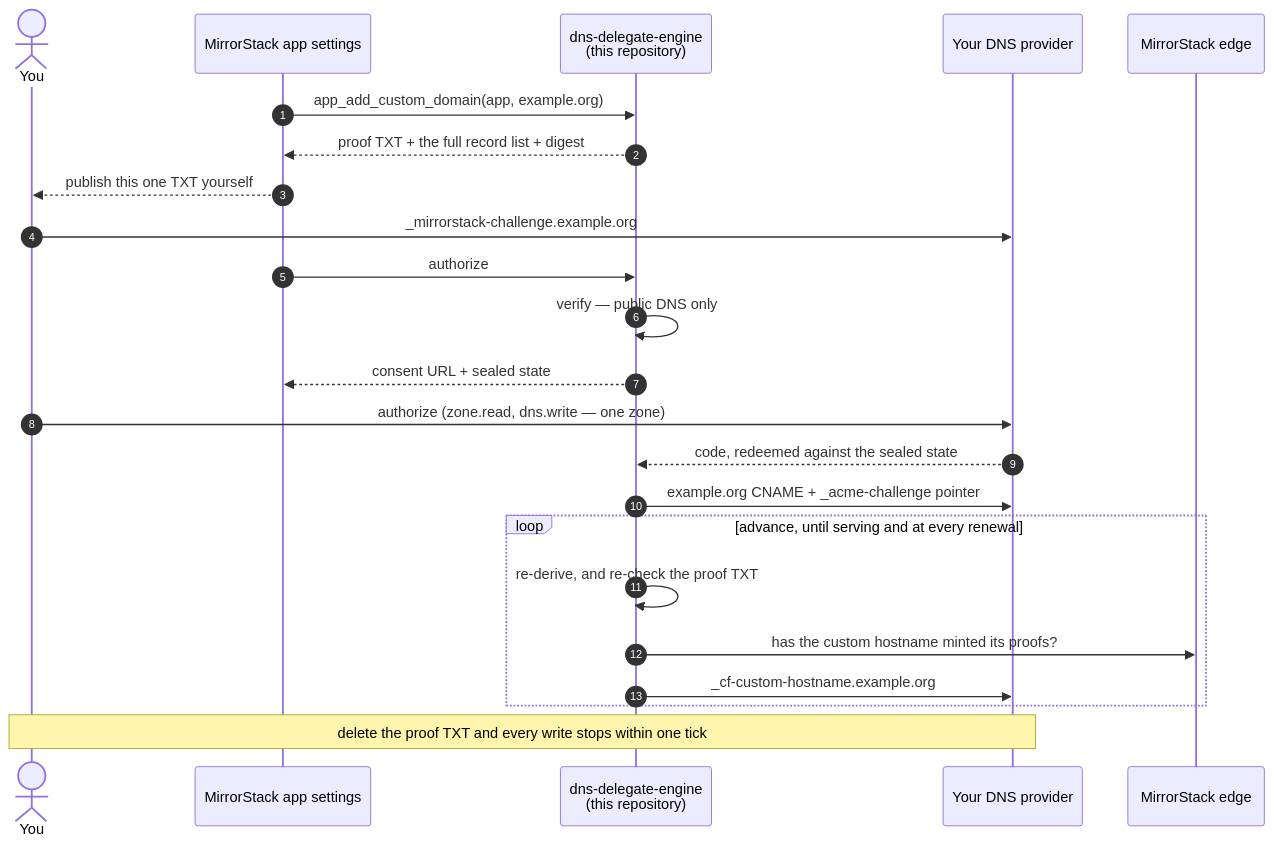
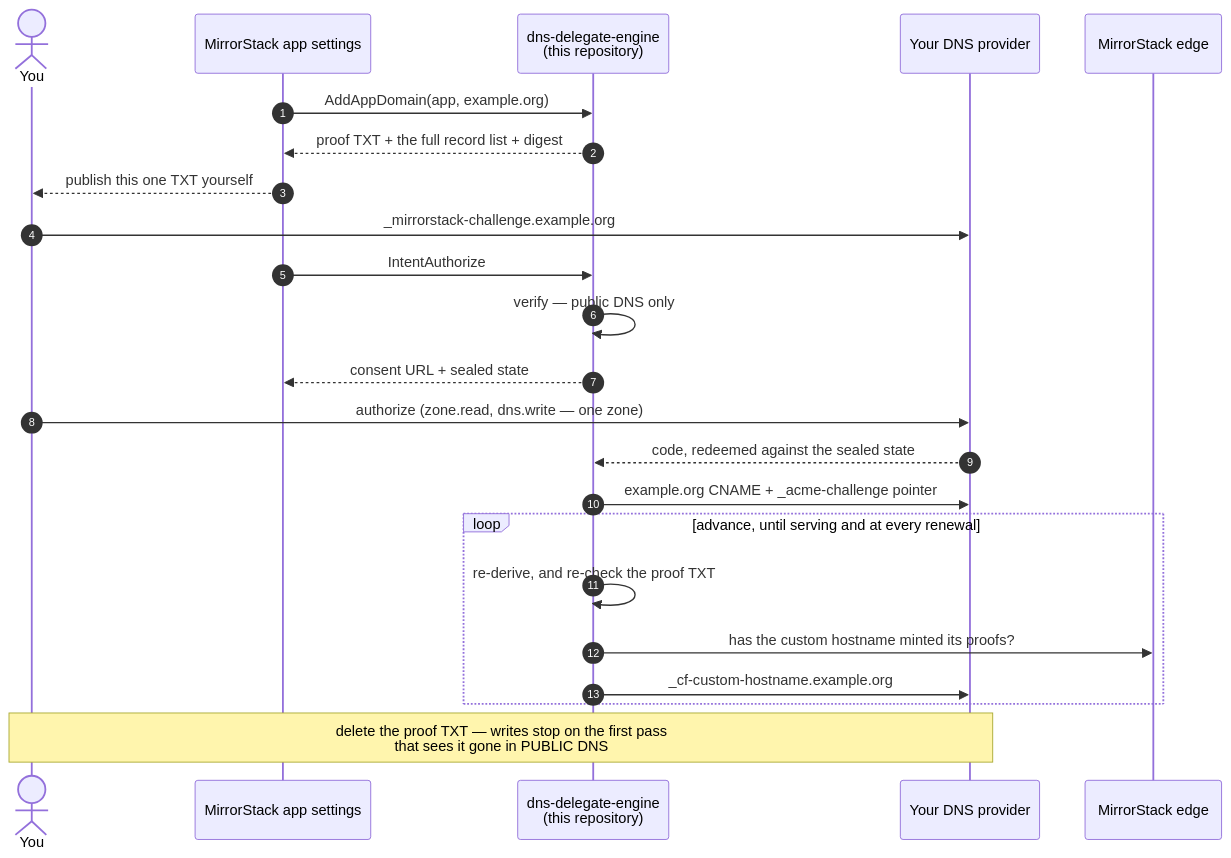
One commit to mirrorstack-ai/dns-delegate-engine changed the third of 4 diagrams in README.md. Above: the diagram before and after it, drawn with Mermaid. The commit also changed other lines of this file and 17 other files, not shown here.

````diff
--- a/README.md
+++ b/README.md
@@ -265,30 +390,30 @@
 ```mermaid
 sequenceDiagram
     autonumber
     actor You
     participant App as MirrorStack app settings
     participant Engine as dns-delegate-engine<br/>(this repository)
     participant CF as Your DNS provider
     participant Edge as MirrorStack edge
 
-    App->>Engine: app_add_custom_domain(app, example.org)
+    App->>Engine: AddAppDomain(app, example.org)
     Engine-->>App: proof TXT + the full record list + digest
     App-->>You: publish this one TXT yourself
 
     You->>CF: _mirrorstack-challenge.example.org
-    App->>Engine: authorize
+    App->>Engine: IntentAuthorize
     Engine->>Engine: verify — public DNS only
     Engine-->>App: consent URL + sealed state
 
     You->>CF: authorize (zone.read, dns.write — one zone)
     CF-->>Engine: code, redeemed against the sealed state
     Engine->>CF: example.org CNAME + _acme-challenge pointer
 
     loop advance, until serving and at every renewal
         Engine->>Engine: re-derive, and re-check the proof TXT
         Engine->>Edge: has the custom hostname minted its proofs?
         Engine->>CF: _cf-custom-hostname.example.org
     end
 
-    Note over You,CF: delete the proof TXT and every write stops within one tick
+    Note over You,CF: delete the proof TXT — writes stop on the first pass<br/>that sees it gone in PUBLIC DNS
 ```
````
